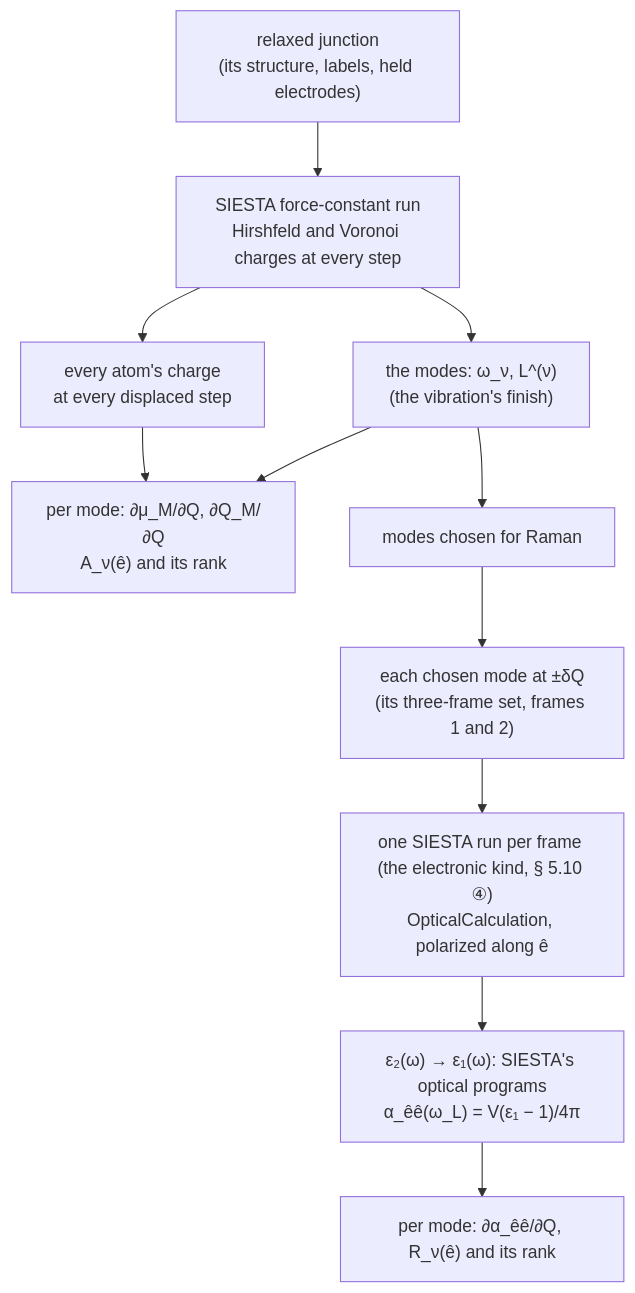
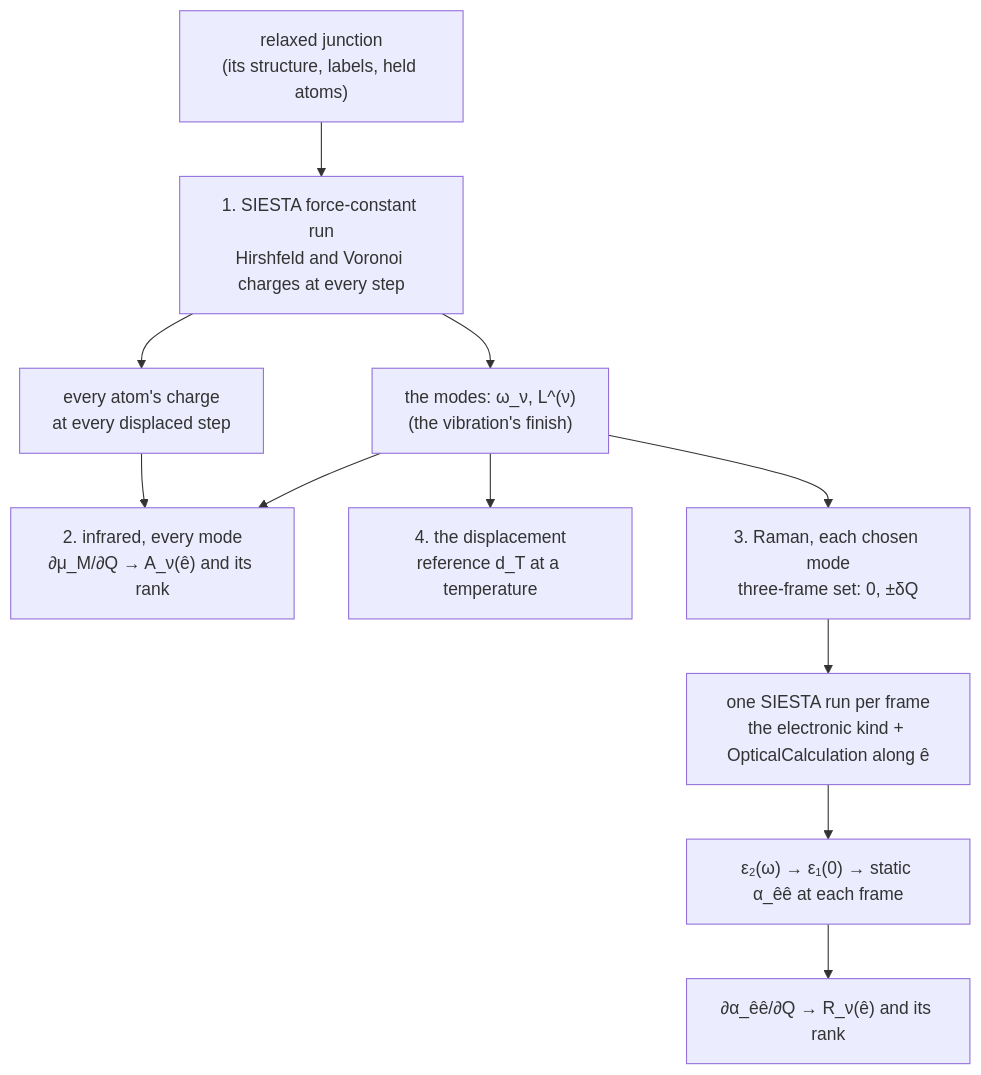
Before and after one commit to Qing-LAB/molbuilder: the first of 3 diagrams in docs/science/vibrational-optical-response.md, drawn with Mermaid. The commit also changed other lines of this file and 2 other files, not shown here.

````diff
--- a/docs/science/vibrational-optical-response.md
+++ b/docs/science/vibrational-optical-response.md
@@ -341,13 +72,13 @@
 ```mermaid
 flowchart TD
-    J["relaxed junction<br/>(its structure, labels, held electrodes)"] --> FC["SIESTA force-constant run<br/>Hirshfeld and Voronoi charges at every step"]
+    J["relaxed junction<br/>(its structure, labels, held atoms)"] --> FC["1. SIESTA force-constant run<br/>Hirshfeld and Voronoi charges at every step"]
     FC --> MODES["the modes: ω_ν, L^(ν)<br/>(the vibration's finish)"]
     FC --> QS["every atom's charge<br/>at every displaced step"]
-    QS --> IR["per mode: ∂μ_M/∂Q, ∂Q_M/∂Q<br/>A_ν(ê) and its rank"]
+    QS --> IR["2. infrared, every mode<br/>∂μ_M/∂Q → A_ν(ê) and its rank"]
     MODES --> IR
-    MODES --> SEL["modes chosen for Raman"]
-    SEL --> FR["each chosen mode at ±δQ<br/>(its three-frame set, frames 1 and 2)"]
-    FR --> OPT["one SIESTA run per frame (the electronic kind, § 5.10 ④)<br/>OpticalCalculation, polarized along ê"]
-    OPT --> KK["ε₂(ω) → ε₁(ω): SIESTA's optical programs<br/>α_êê(ω_L) = V(ε₁ − 1)/4π"]
-    KK --> RA["per mode: ∂α_êê/∂Q, R_ν(ê) and its rank"]
+    MODES --> DISP["4. the displacement<br/>reference d_T at a temperature"]
+    MODES --> FR["3. Raman, each chosen mode<br/>three-frame set: 0, ±δQ"]
+    FR --> EL["one SIESTA run per frame<br/>the electronic kind + OpticalCalculation along ê"]
+    EL --> AL["ε₂(ω) → ε₁(0) → static α_êê at each frame"]
+    AL --> RA["∂α_êê/∂Q → R_ν(ê) and its rank"]
 ```
````
